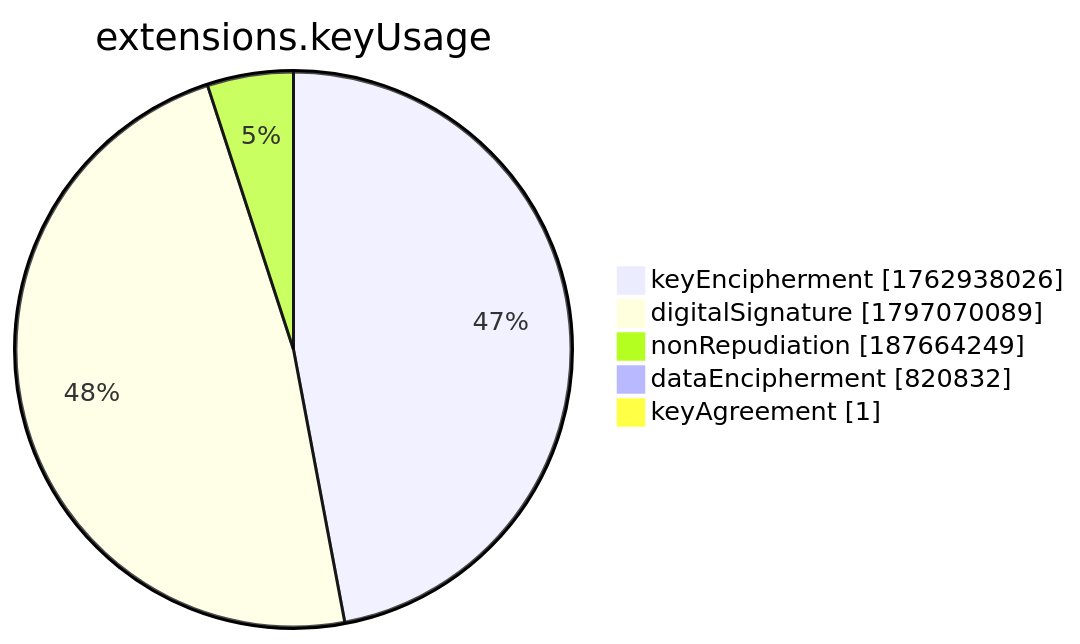
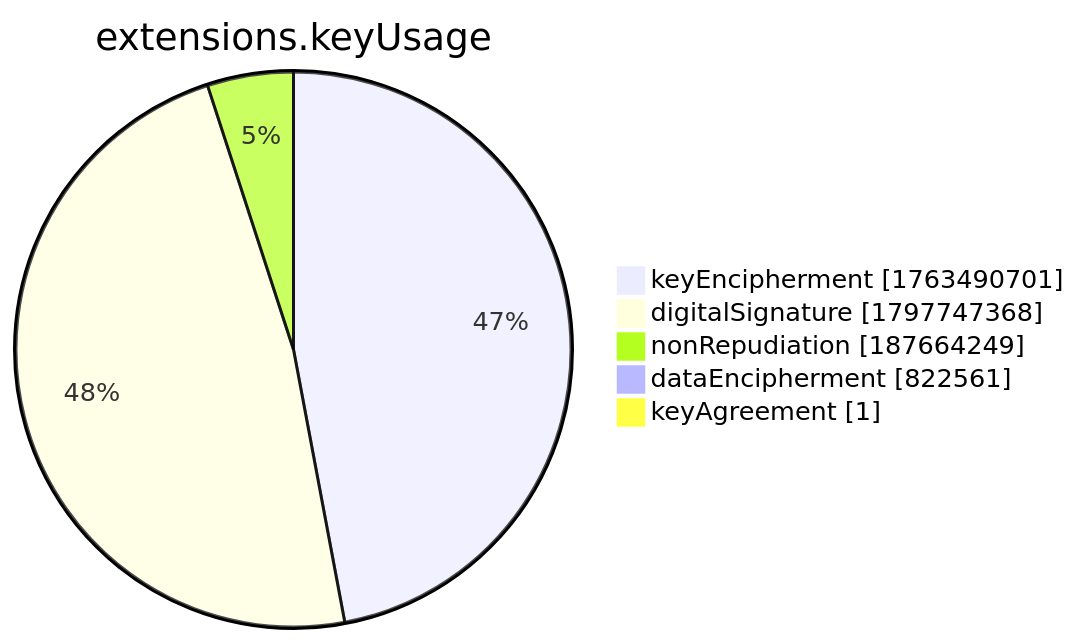
The seventh of 15 diagrams in xenon2022/README.md (christiankrug/ctmonitor_visualization), drawn with Mermaid before and after one commit. The commit also changed other lines of this file, not shown here.

````diff
--- a/xenon2022/README.md
+++ b/xenon2022/README.md
@@ -2859,9 +2859,9 @@
 ```mermaid
 pie showData
 title extensions.keyUsage
-"keyEncipherment" :1762938026
-"digitalSignature" :1797070089
+"keyEncipherment" :1763490701
+"digitalSignature" :1797747368
 "nonRepudiation" :187664249
-"dataEncipherment" :820832
+"dataEncipherment" :822561
 "keyAgreement" :1
 ```
````
